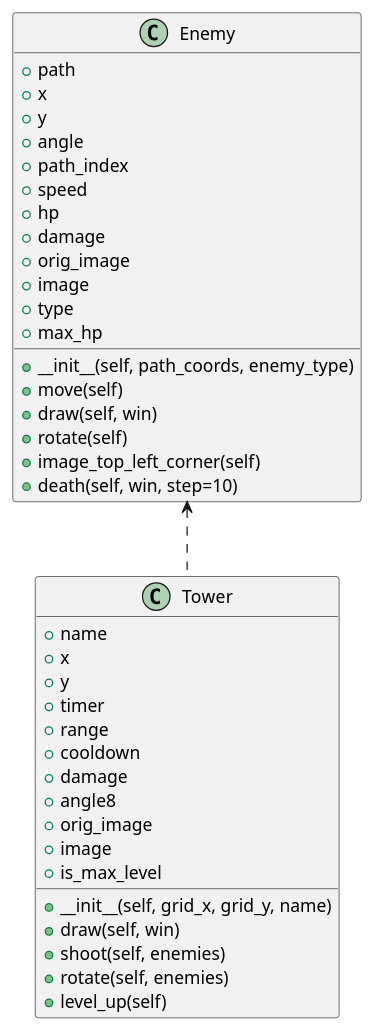
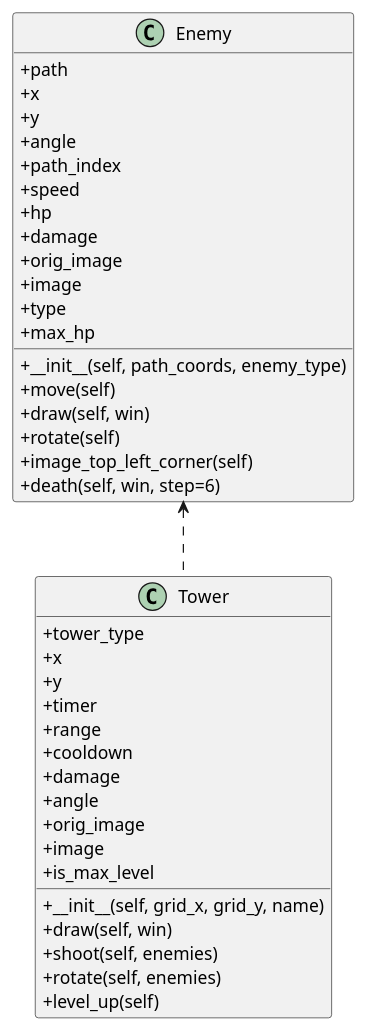
One commit to KamilGrobelny/Projekt--Gra-Tower-Defense changed the diagram in diagram_klas.puml. Above: the diagram before and after it, drawn with PlantUML. The commit also changed 7 other files, not shown here.

```diff
--- a/diagram_klas.puml
+++ b/diagram_klas.puml
@@ -1,43 +1,44 @@
 @startuml Diagram klas
+skinparam classAttributeIconSize 0
 class Enemy {
     + path
     + x
     + y
     + angle
     + path_index
     + speed
     + hp
     + damage
     + orig_image
     + image
     + type
     + max_hp
     + __init__(self, path_coords, enemy_type)
     + move(self)
     + draw(self, win)
     + rotate(self)
     + image_top_left_corner(self)
-    + death(self, win, step=10)
+    + death(self, win, step=6)
 }
 
 class Tower {
-    + name
+    + tower_type
     + x
     + y
     + timer
     + range
     + cooldown
     + damage
-    + angle8
+    + angle
     + orig_image
     + image
     + is_max_level
     + __init__(self, grid_x, grid_y, name)
     + draw(self, win)
     + shoot(self, enemies)
     + rotate(self, enemies)
     + level_up(self)
 }
 
 Enemy <.. Tower
 @enduml
```
